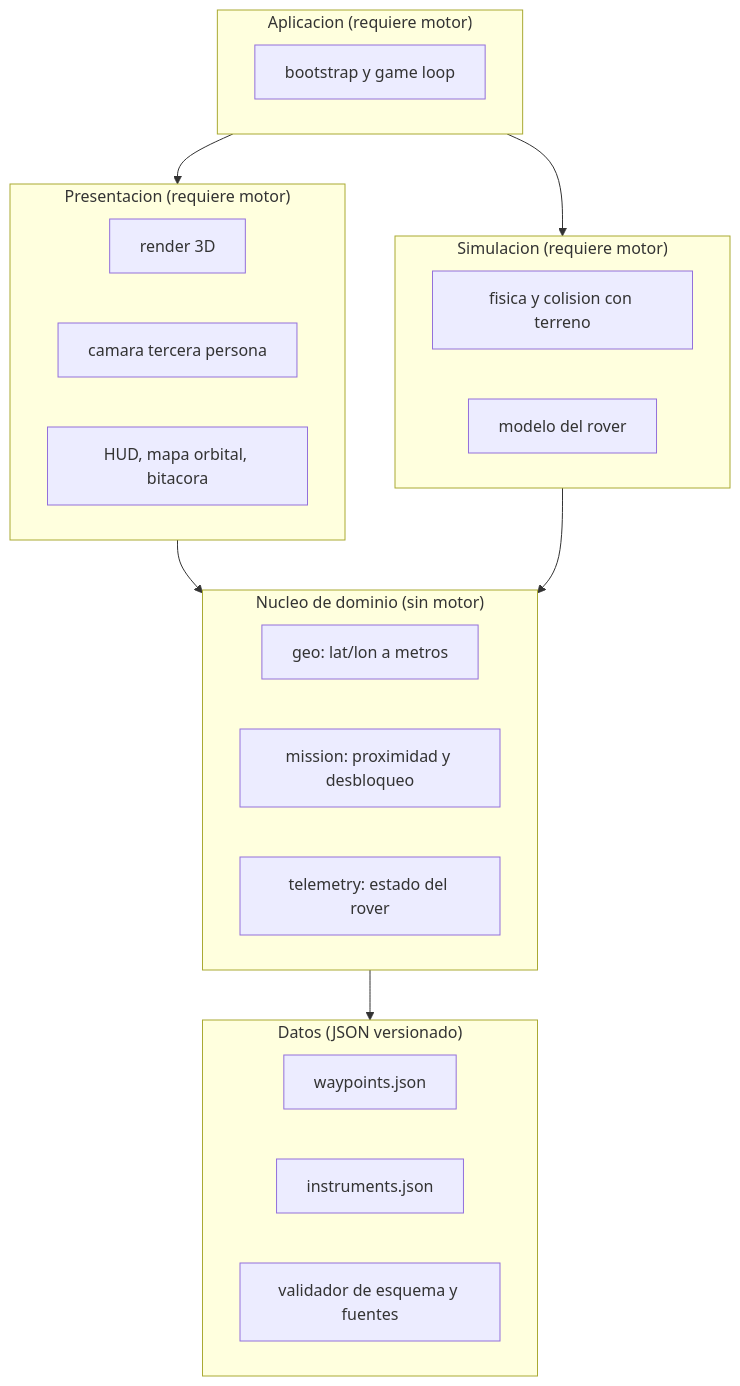
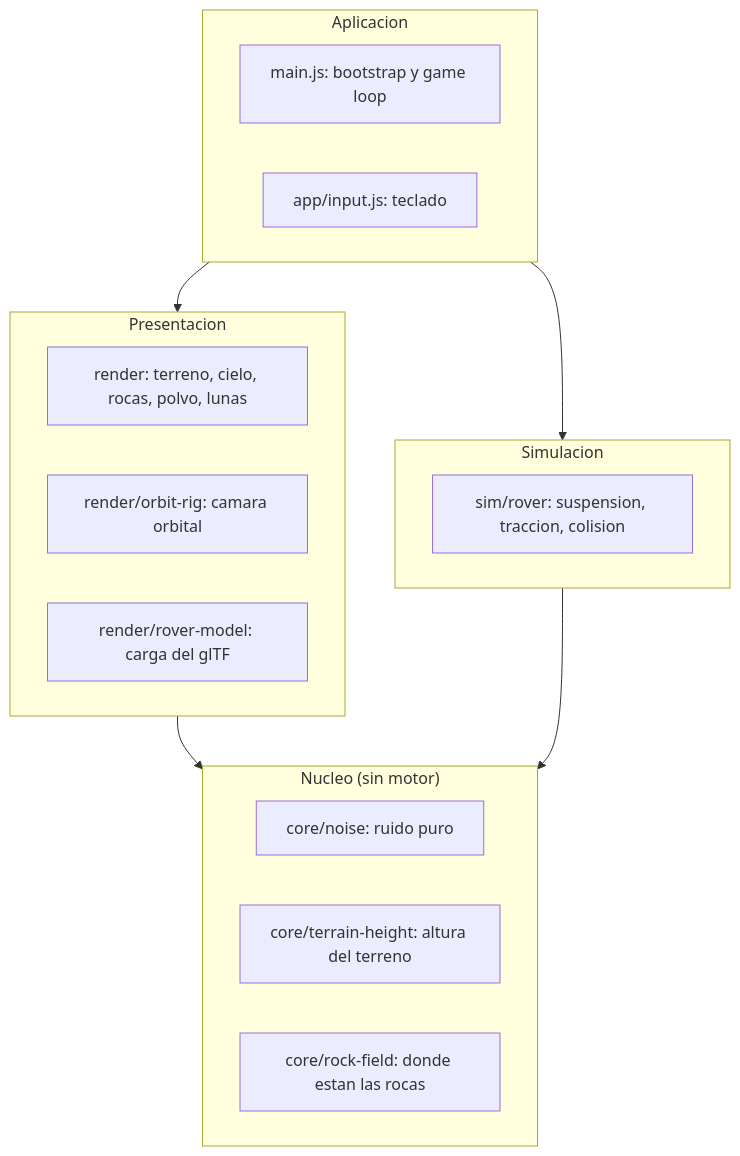
The diagram in README.md (PedroMartk9i/Perseverance-Mission), drawn with Mermaid before and after one commit. The commit also changed other lines of this file and 30 other files, not shown here.

````diff
--- a/README.md
+++ b/README.md
@@ -33,30 +48,24 @@
 ```mermaid
 flowchart TB
-    subgraph APP["Aplicacion (requiere motor)"]
-        BOOT["bootstrap y game loop"]
+    subgraph APP["Aplicacion"]
+        BOOT["main.js: bootstrap y game loop"]
+        INPUT["app/input.js: teclado"]
     end
-    subgraph PRES["Presentacion (requiere motor)"]
-        REND["render 3D"]
-        CAM["camara tercera persona"]
-        HUD["HUD, mapa orbital, bitacora"]
+    subgraph PRES["Presentacion"]
+        REND["render: terreno, cielo, rocas, polvo, lunas"]
+        CAM["render/orbit-rig: camara orbital"]
+        MODEL["render/rover-model: carga del glTF"]
     end
-    subgraph SIM["Simulacion (requiere motor)"]
-        PHYS["fisica y colision con terreno"]
-        ROVER["modelo del rover"]
+    subgraph SIM["Simulacion"]
+        ROVER["sim/rover: suspension, traccion, colision"]
     end
-    subgraph DOM["Nucleo de dominio (sin motor)"]
-        GEO["geo: lat/lon a metros"]
-        MIS["mission: proximidad y desbloqueo"]
-        TEL["telemetry: estado del rover"]
-    end
-    subgraph DATA["Datos (JSON versionado)"]
-        WP["waypoints.json"]
-        INS["instruments.json"]
-        VAL["validador de esquema y fuentes"]
+    subgraph DOM["Nucleo (sin motor)"]
+        NOISE["core/noise: ruido puro"]
+        HEIGHT["core/terrain-height: altura del terreno"]
+        ROCKS["core/rock-field: donde estan las rocas"]
     end
     APP --> PRES
     APP --> SIM
     PRES --> DOM
     SIM --> DOM
-    DOM --> DATA
 ```
````
